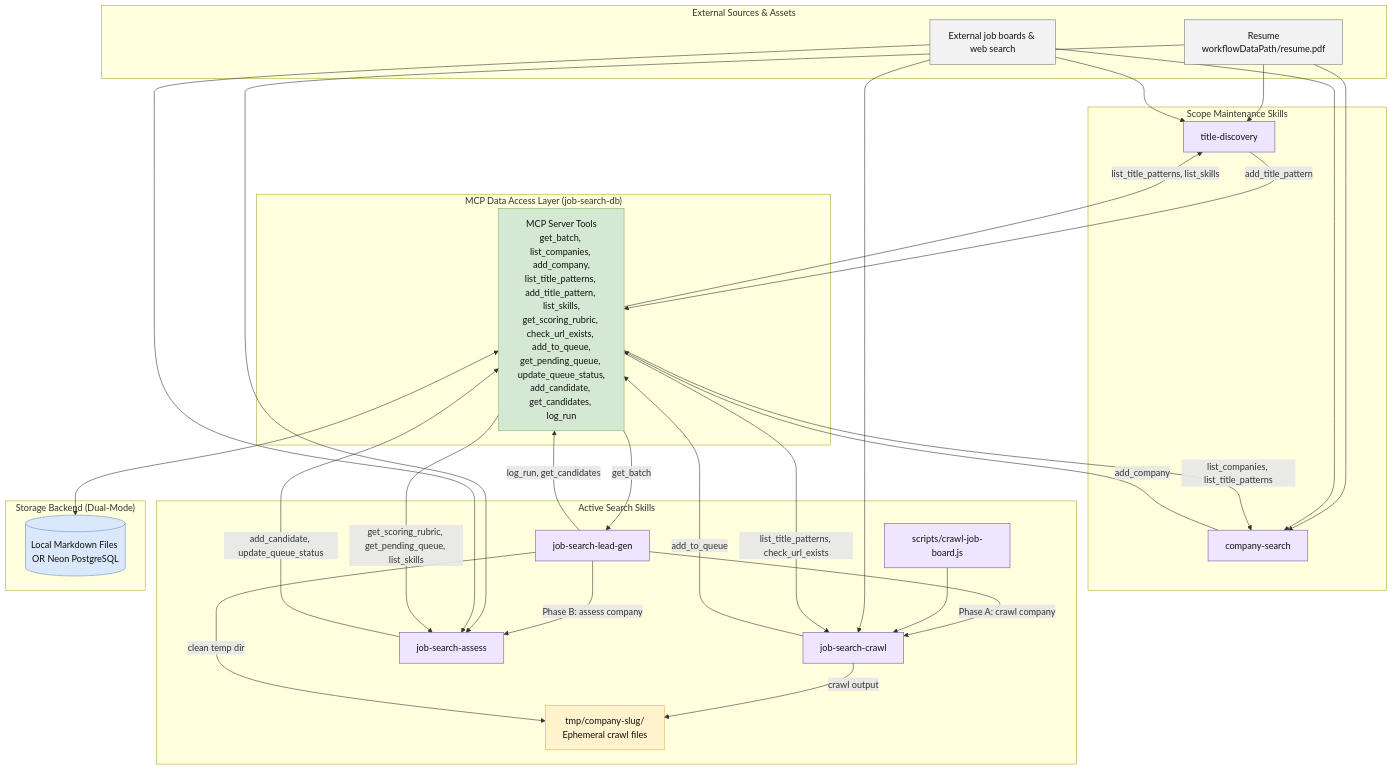
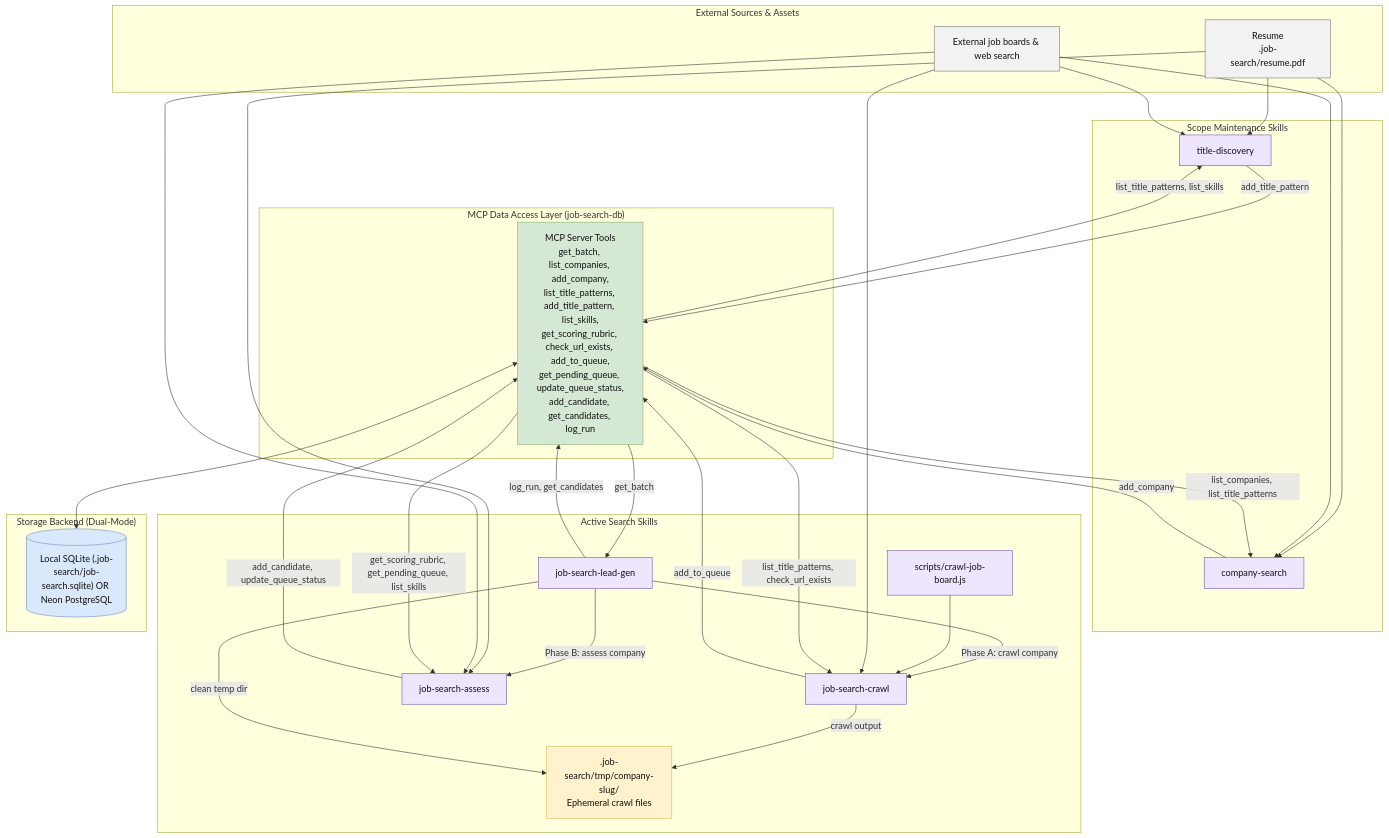
Before and after one commit to joshyim/job-search-automations: the seventh of 7 diagrams in templates/pipeline-overview.md, drawn with Mermaid. The commit also changed other lines of this file and 30 other files, not shown here.

Commit message:
feat: implement SQLite adapter for persistent storage and update default resume path to .job-search/resume.pdf PRO27

````diff
--- a/templates/pipeline-overview.md
+++ b/templates/pipeline-overview.md
@@ -232,74 +232,74 @@
 ```mermaid
 ---
 config:
   flowchart:
     wrappingWidth: 160
 ---
 flowchart TB
     subgraph EXTERNAL["External Sources & Assets"]
         EXT["External job boards & web search"]
-        RESUME["Resume<br/>workflowDataPath/resume.pdf"]
+        RESUME["Resume<br/>.job-search/resume.pdf"]
     end
 
     subgraph SCOPE["Scope Maintenance Skills"]
         TITLE_DISC["title-discovery"]
         COMP_SEARCH["company-search"]
     end
 
     subgraph PIPELINE["Active Search Skills"]
         LEAD_GEN["job-search-lead-gen"]
         CRAWL["job-search-crawl"]
         ASSESS["job-search-assess"]
         CRAWLER["scripts/crawl-job-board.js"]
-        TMP["tmp/company-slug/<br/>Ephemeral crawl files"]
+        TMP[".job-search/tmp/company-slug/<br/>Ephemeral crawl files"]
     end
 
     subgraph MCP_LAYER["MCP Data Access Layer (job-search-db)"]
         MCP["MCP Server Tools<br/>get_batch, list_companies, add_company,<br/>list_title_patterns, add_title_pattern, list_skills,<br/>get_scoring_rubric, check_url_exists, add_to_queue,<br/>get_pending_queue, update_queue_status,<br/>add_candidate, get_candidates, log_run"]
     end
 
     subgraph BACKEND["Storage Backend (Dual-Mode)"]
-        STORAGE[("Local Markdown Files OR Neon PostgreSQL")]
+        STORAGE[("Local SQLite (.job-search/job-search.sqlite) OR Neon PostgreSQL")]
     end
 
     RESUME --> TITLE_DISC
     EXT --> TITLE_DISC
     MCP -->|list_title_patterns, list_skills| TITLE_DISC
     TITLE_DISC -->|add_title_pattern| MCP
 
     RESUME --> COMP_SEARCH
     EXT --> COMP_SEARCH
     MCP -->|list_companies, list_title_patterns| COMP_SEARCH
     COMP_SEARCH -->|add_company| MCP
 
     MCP -->|get_batch| LEAD_GEN
     LEAD_GEN -->|Phase A: crawl company| CRAWL
     CRAWLER --> CRAWL
     EXT --> CRAWL
     MCP -->|list_title_patterns, check_url_exists| CRAWL
     CRAWL -->|add_to_queue| MCP
     CRAWL -->|crawl output| TMP
 
     LEAD_GEN -->|Phase B: assess company| ASSESS
     RESUME --> ASSESS
     EXT --> ASSESS
     MCP -->|get_scoring_rubric, get_pending_queue, list_skills| ASSESS
     ASSESS -->|add_candidate, update_queue_status| MCP
 
     LEAD_GEN -->|log_run, get_candidates| MCP
     LEAD_GEN -->|clean temp dir| TMP
 
     MCP <--> STORAGE
 
     classDef external fill:#f2f2f2,stroke:#777,color:#111;
     classDef skill fill:#eee6ff,stroke:#7651a8,color:#111;
     classDef mcp fill:#d5e8d4,stroke:#82b366,color:#111;
     classDef storage fill:#dae8fc,stroke:#6c8ebf,color:#111;
     classDef tmp fill:#fff2cc,stroke:#d6b656,color:#111;
 
     class EXT,RESUME external;
     class TITLE_DISC,COMP_SEARCH,LEAD_GEN,CRAWL,ASSESS,CRAWLER skill;
     class MCP mcp;
     class STORAGE storage;
     class TMP tmp;
 ```
````
